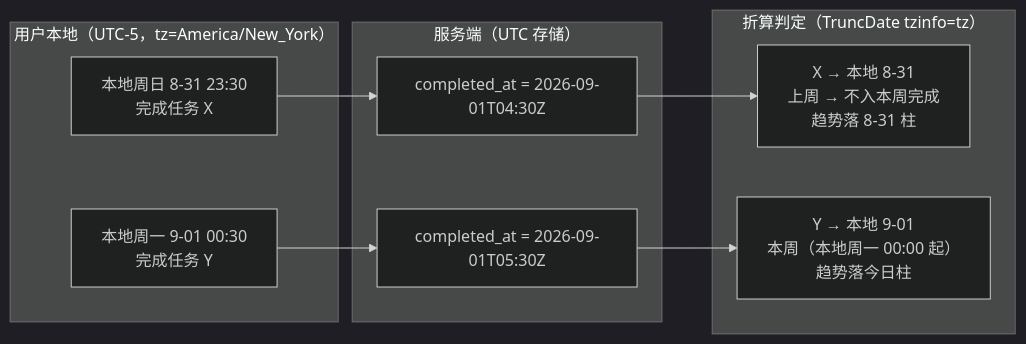
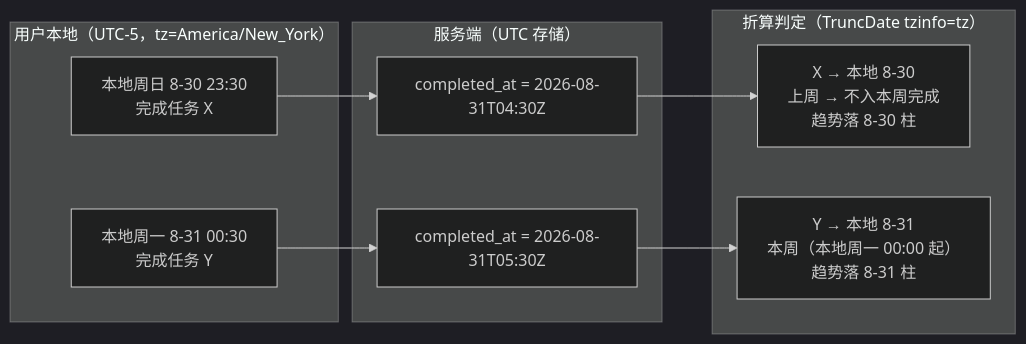
The third of 3 diagrams in docs/sprint-1-mvp/RPT-001-personal-stats.md (RabbitAI-Lab/RabbitProjects), drawn with Mermaid (dark theme) before and after one commit. The commit also changed other lines of this file and 11 other files, not shown here.

````diff
--- a/docs/sprint-1-mvp/RPT-001-personal-stats.md
+++ b/docs/sprint-1-mvp/RPT-001-personal-stats.md
@@ -187,17 +188,17 @@
 ```mermaid
 flowchart LR
     subgraph User["用户本地（UTC-5，tz=America/New_York）"]
-        L1["本地周日 8-31 23:30<br/>完成任务 X"]
-        L2["本地周一 9-01 00:30<br/>完成任务 Y"]
+        L1["本地周日 8-30 23:30<br/>完成任务 X"]
+        L2["本地周一 8-31 00:30<br/>完成任务 Y"]
     end
     subgraph Server["服务端（UTC 存储）"]
-        S1["completed_at = 2026-09-01T04:30Z"]
-        S2["completed_at = 2026-09-01T05:30Z"]
+        S1["completed_at = 2026-08-31T04:30Z"]
+        S2["completed_at = 2026-08-31T05:30Z"]
     end
     subgraph Judge["折算判定（TruncDate tzinfo=tz）"]
-        J1["X → 本地 8-31<br/>上周 → 不入本周完成<br/>趋势落 8-31 柱"]
-        J2["Y → 本地 9-01<br/>本周（本地周一 00:00 起）<br/>趋势落今日柱"]
+        J1["X → 本地 8-30<br/>上周 → 不入本周完成<br/>趋势落 8-30 柱"]
+        J2["Y → 本地 8-31<br/>本周（本地周一 00:00 起）<br/>趋势落 8-31 柱"]
     end
     L1 --> S1 --> J1
     L2 --> S2 --> J2
 ```
````
